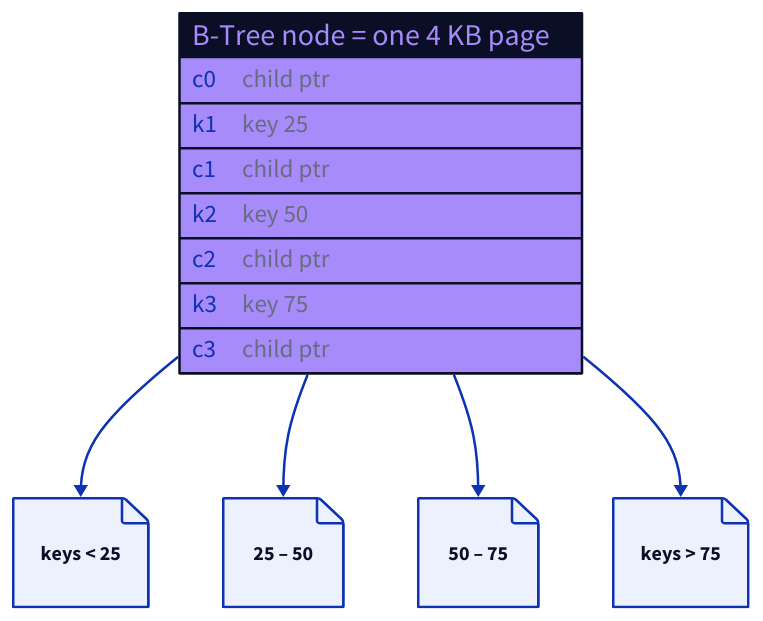
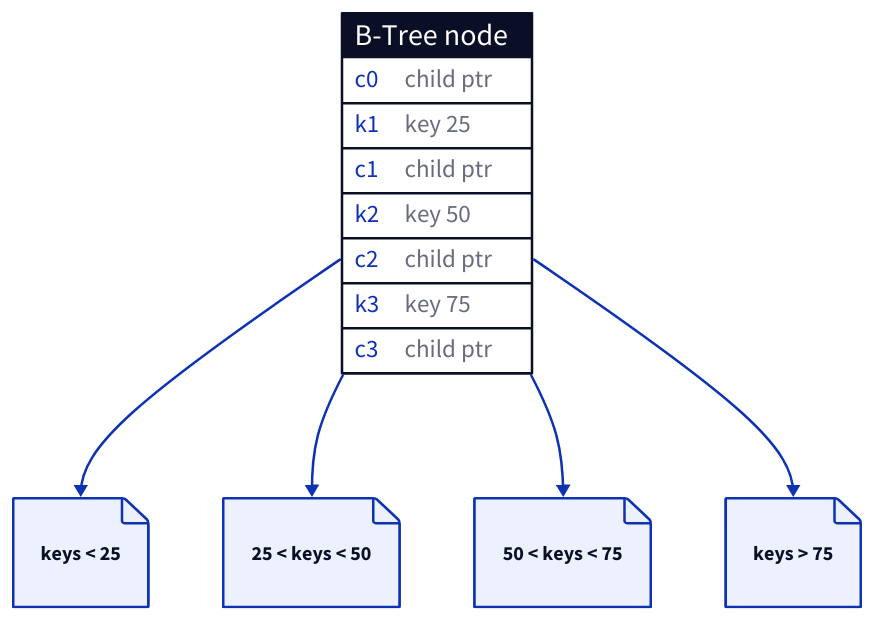
Before and after one commit to michael-duren/rubber-duck: the first of 2 diagrams in courses/build-a-database-c.md, drawn with D2. The commit also changed other lines of this file and 29 other files, not shown here.

````diff
--- a/courses/build-a-database-c.md
+++ b/courses/build-a-database-c.md
@@ -1661,26 +1661,24 @@
 ```d2
 direction: down
 
-node: "B-Tree node = one 4 KB page" {
+node: "B-Tree node" {
   shape: sql_table
-  style.stroke: "#a78bfa"
-  style.stroke-width: 2
   c0: "child ptr"
   k1: "key 25"
   c1: "child ptr"
   k2: "key 50"
   c2: "child ptr"
   k3: "key 75"
   c3: "child ptr"
 }
 
 l0: "keys < 25" { shape: page }
-l1: "25 – 50" { shape: page }
-l2: "50 – 75" { shape: page }
+l1: "25 < keys < 50" { shape: page }
+l2: "50 < keys < 75" { shape: page }
 l3: "keys > 75" { shape: page }
 
 node.c0 -> l0
 node.c1 -> l1
 node.c2 -> l2
 node.c3 -> l3
 ```
````
